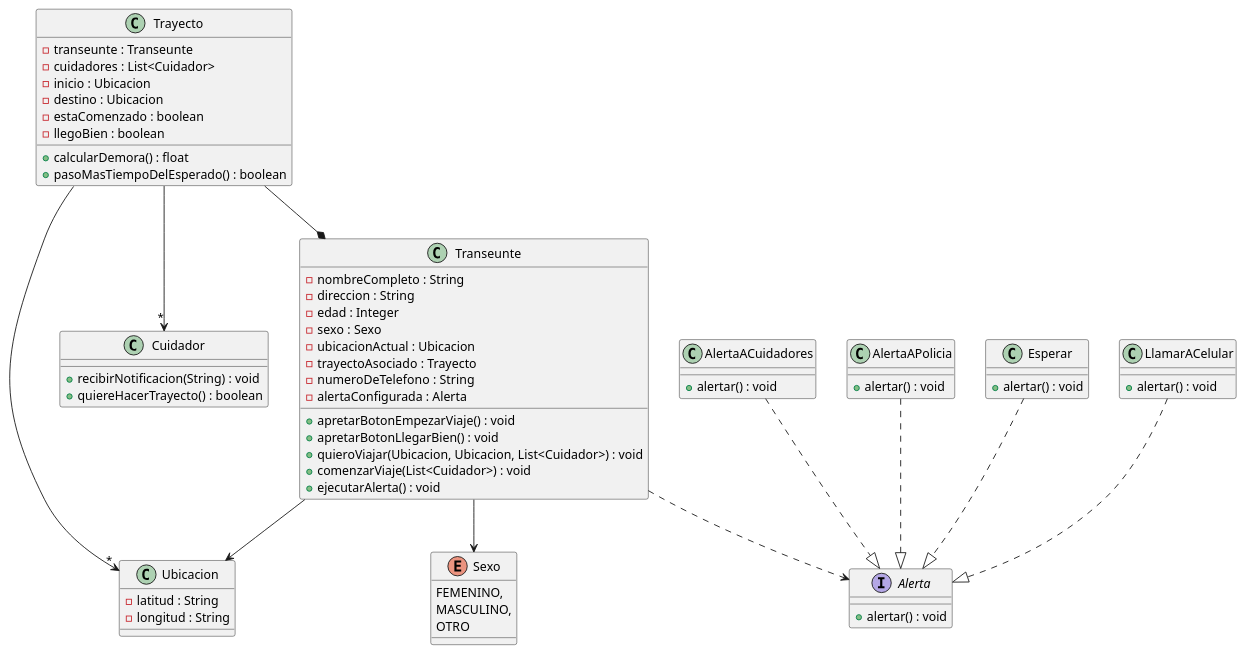
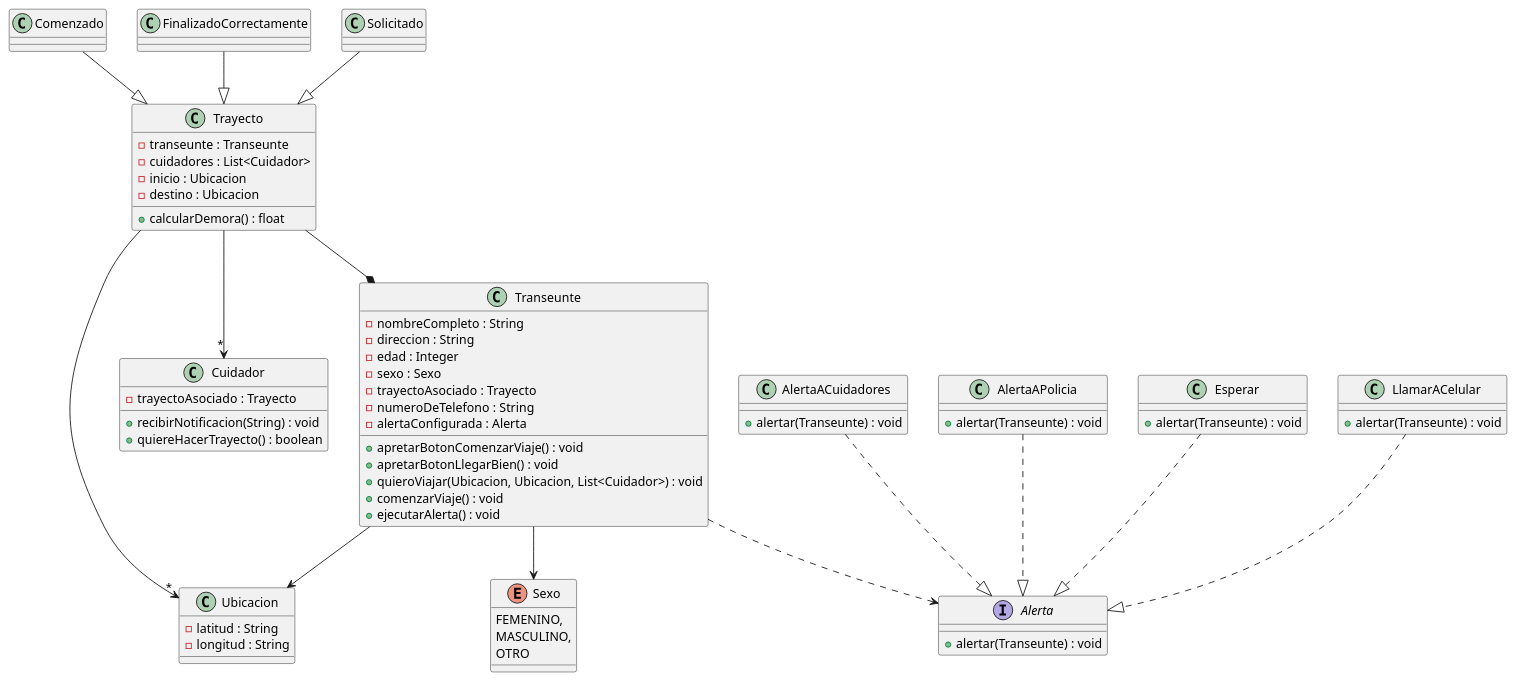
The diagram in src/main/diagrama-de-clases/diagrama.puml (emipetro/cuidandonos-pares), drawn with PlantUML before and after one commit. The commit also changed 7 other files, not shown here.

First line of the commit message:
Actualización de diagrama y modificaciones en Alertas

```diff
--- a/src/main/diagrama-de-clases/diagrama.puml
+++ b/src/main/diagrama-de-clases/diagrama.puml
@@ -1,79 +1,85 @@
 @startuml Diagrama Cuidandonos
 
     class Transeunte{
         -nombreCompleto : String
         -direccion : String
         -edad : Integer
         -sexo : Sexo
-        -ubicacionActual : Ubicacion
         -trayectoAsociado : Trayecto
         -numeroDeTelefono : String
         -alertaConfigurada : Alerta
 
-        +apretarBotonEmpezarViaje() : void
+        +apretarBotonComenzarViaje() : void
         +apretarBotonLlegarBien() : void
         +quieroViajar(Ubicacion, Ubicacion, List<Cuidador>) : void
-        +comenzarViaje(List<Cuidador>) : void
+        +comenzarViaje() : void
         +ejecutarAlerta() : void
     }
 
     enum Sexo{
         FEMENINO,
         MASCULINO,
         OTRO
     }
 
     class Ubicacion{
         -latitud : String
         -longitud : String
     }
 
     class Cuidador{
+        -trayectoAsociado : Trayecto
+
         +recibirNotificacion(String) : void
         +quiereHacerTrayecto() : boolean
     }
 
     class Trayecto{
         -transeunte : Transeunte
         -cuidadores : List<Cuidador>
         -inicio : Ubicacion
         -destino : Ubicacion
-        -estaComenzado : boolean
-        -llegoBien : boolean
 
         +calcularDemora() : float
-        +pasoMasTiempoDelEsperado() : boolean
     }
 
+    class Comenzado{}
+    class FinalizadoCorrectamente{}
+    class Solicitado{}
+
+
     interface Alerta{
-        +alertar() : void
+        +alertar(Transeunte) : void
     }
 
     class AlertaACuidadores{
-        +alertar() : void
+        +alertar(Transeunte) : void
     }
 
     class AlertaAPolicia{
-        +alertar() : void
+        +alertar(Transeunte) : void
     }
 
     class Esperar{
-        +alertar() : void
+        +alertar(Transeunte) : void
     }
 
     class LlamarACelular{
-        +alertar() : void
+        +alertar(Transeunte) : void
     }
 
 Transeunte --> Sexo
 Trayecto --* Transeunte
 Trayecto -->"*" Cuidador
 Transeunte --> Ubicacion
 Trayecto -->"*" Ubicacion
 Transeunte ..> Alerta
 AlertaACuidadores ..|> Alerta
 AlertaAPolicia ..|> Alerta
 Esperar ..|> Alerta
 LlamarACelular ..|> Alerta
+Comenzado --|> Trayecto
+FinalizadoCorrectamente --|> Trayecto
+Solicitado --|> Trayecto
 
 @enduml
```
